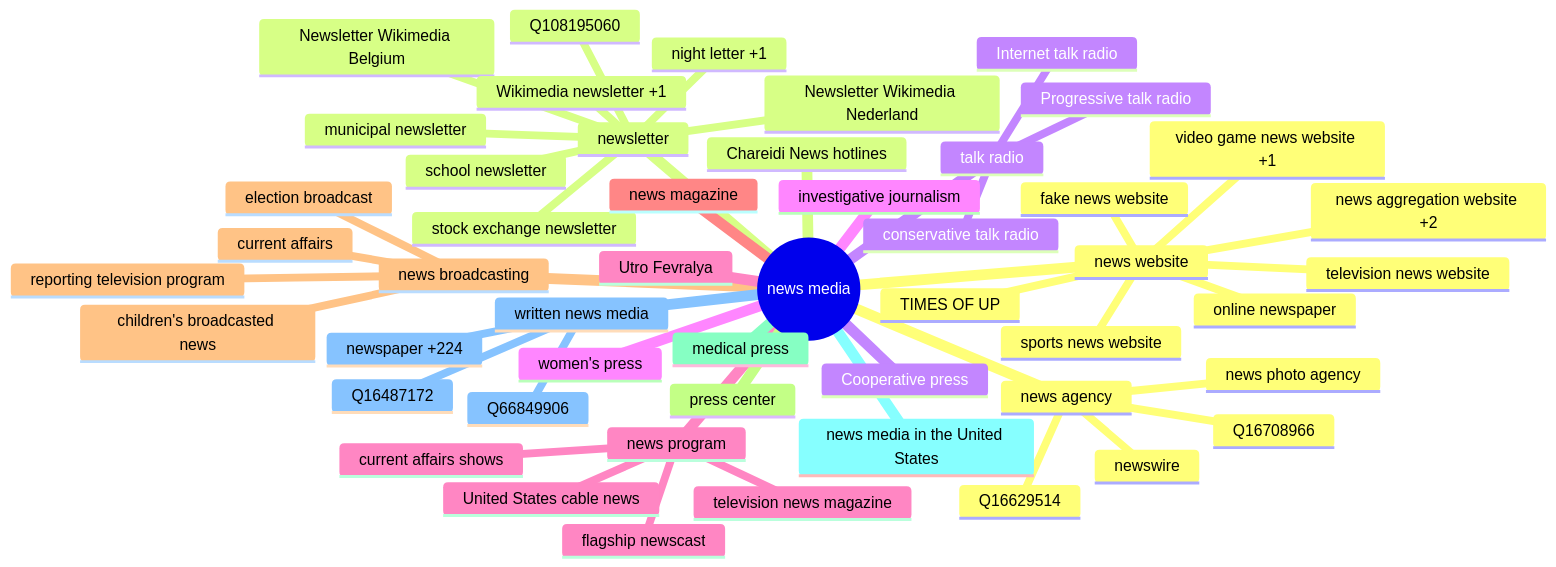
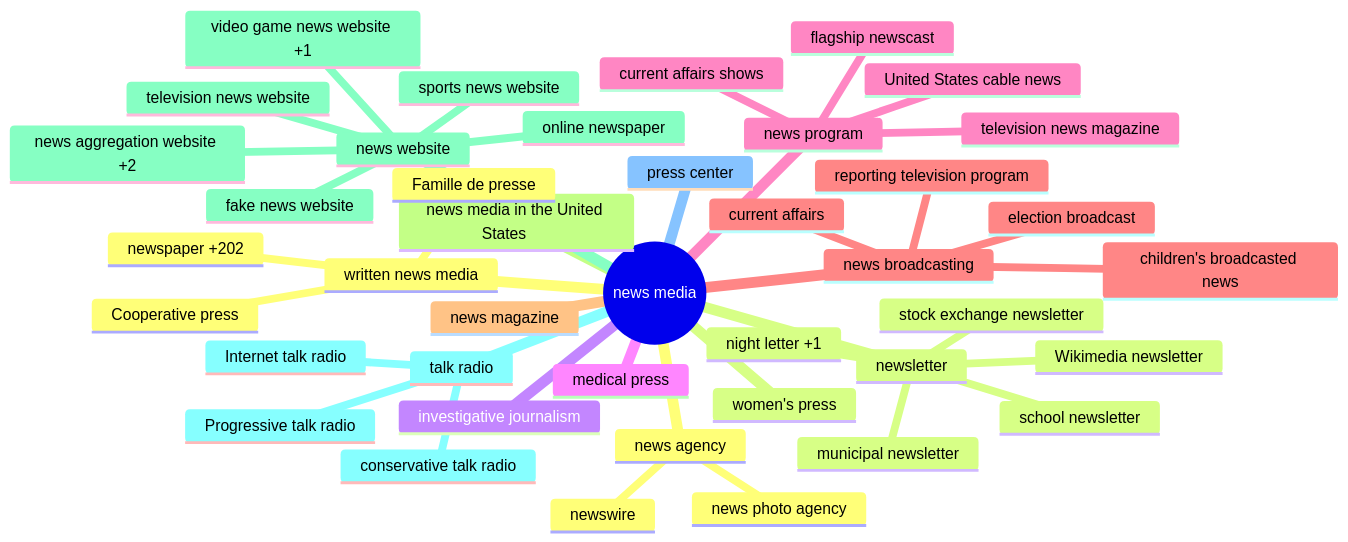
Before and after one commit to hearvox/wiki-media-cred: the diagram in code/readme.md, drawn with Mermaid. The commit also changed other lines of this file, not shown here.

Commit message:
Update mindmap

````diff
--- a/code/readme.md
+++ b/code/readme.md
@@ -4,53 +4,44 @@
 ```mermaid
 mindmap
 	root((news media))
-		news agency
+		news agency	
+			news photo agency
 			newswire
-			Q16629514
-			Q16708966
-			news photo agency
-		newsletter
+		newsletter	
+			municipal newsletter
+			night letter +1
+			school newsletter
 			stock exchange newsletter
-			night letter +1
-			Newsletter Wikimedia Nederland
-			Newsletter Wikimedia Belgium
-			Wikimedia newsletter +1
-			school newsletter
-			municipal newsletter
-			Q108195060
-		talk radio
-			conservative talk radio
-			Progressive talk radio
-			Internet talk radio
-		investigative journalism
-		news program
+			Wikimedia newsletter
+		investigative journalism	
+		medical press	
+		news program	
+			current affairs shows
+			flagship newscast
+			television news magazine
 			United States cable news
-			television news magazine
-			flagship newscast
-			current affairs shows
-		news magazine
-		news broadcasting
+		news broadcasting	
 			children's broadcasted news
 			current affairs
 			election broadcast
 			reporting television program
-		press center
-		medical press
-		news media in the United States
-		written news media
-			Q16487172
-			Q66849906
-			newspaper +224
-		news website
-			TIMES OF UP
-			sports news website
-			online newspaper
+		news magazine	
+		news media in the United States	
+		news website	
 			fake news website
 			news aggregation website +2
+			online newspaper
+			sports news website
+			television news website
 			video game news website +1
-			television news website
-		Chareidi News hotlines
-		Cooperative press
+		talk radio	
+			conservative talk radio
+			Internet talk radio
+			Progressive talk radio
+		press center	
+		written news media	
+			Cooperative press
+			Famille de presse
+			newspaper +202
 		women's press
-		Utro Fevralya
  ```
````
